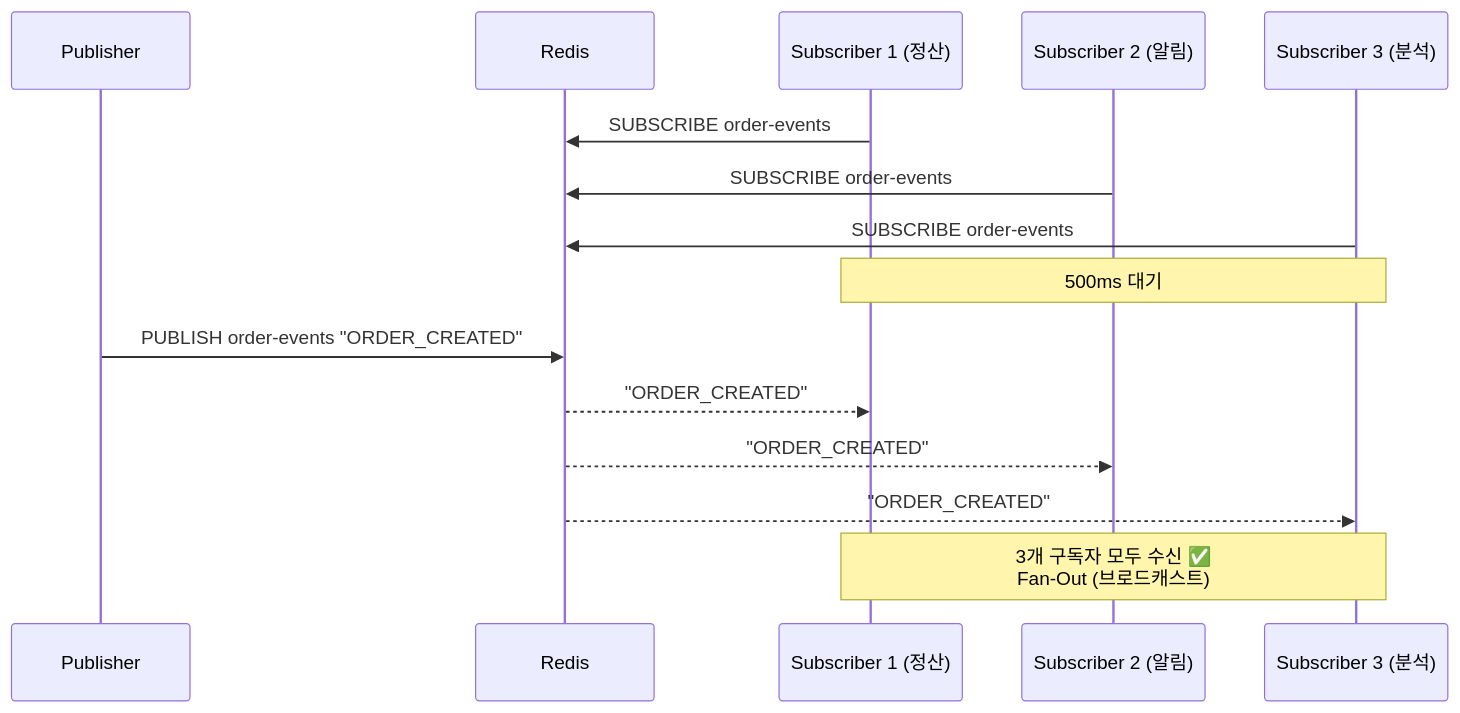
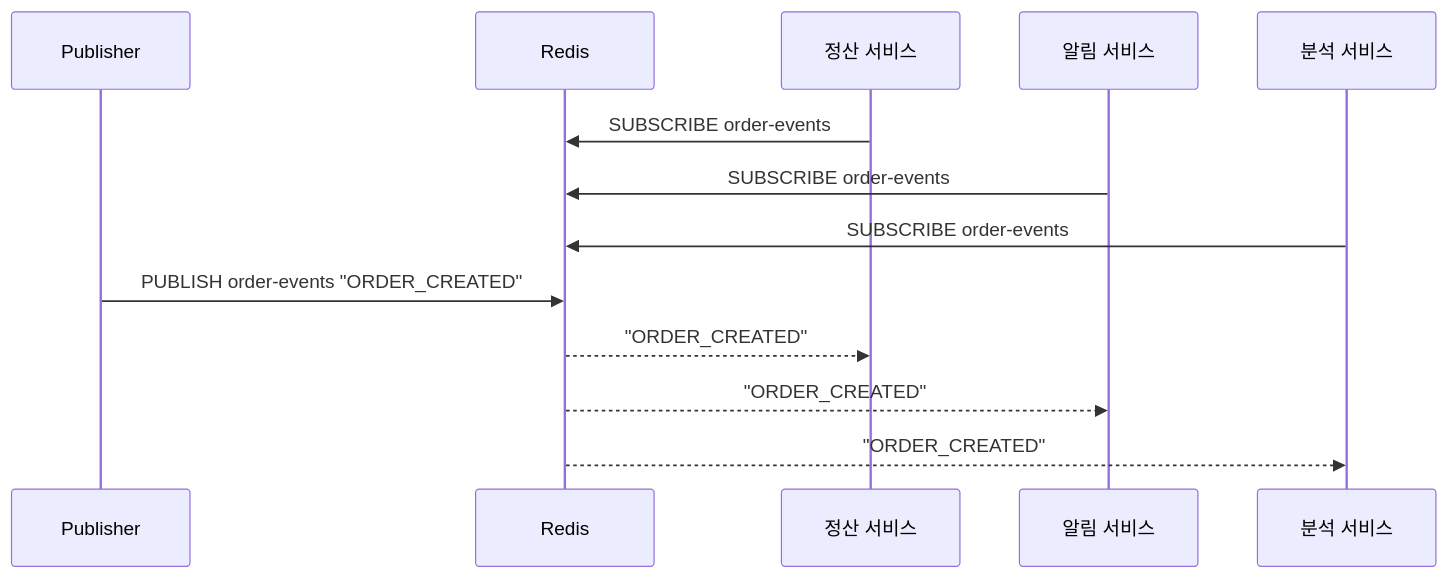
The second of 4 diagrams in src/test/java/com/example/messaging/step4_redis_pubsub/README.md (katiekim17/messaging-lab), drawn with Mermaid before and after one commit. The commit also changed other lines of this file, not shown here.

````diff
--- a/src/test/java/com/example/messaging/step4_redis_pubsub/README.md
+++ b/src/test/java/com/example/messaging/step4_redis_pubsub/README.md
@@ -38,20 +45,17 @@
 ```mermaid
 sequenceDiagram
     participant Pub as Publisher
     participant Redis as Redis
-    participant S1 as Subscriber 1 (정산)
-    participant S2 as Subscriber 2 (알림)
-    participant S3 as Subscriber 3 (분석)
+    participant S1 as 정산 서비스
+    participant S2 as 알림 서비스
+    participant S3 as 분석 서비스
 
     S1->>Redis: SUBSCRIBE order-events
     S2->>Redis: SUBSCRIBE order-events
     S3->>Redis: SUBSCRIBE order-events
-    Note over S1,S3: 500ms 대기
 
     Pub->>Redis: PUBLISH order-events "ORDER_CREATED"
     Redis-->>S1: "ORDER_CREATED"
     Redis-->>S2: "ORDER_CREATED"
     Redis-->>S3: "ORDER_CREATED"
-
-    Note over S1,S3: 3개 구독자 모두 수신 ✅<br/>Fan-Out (브로드캐스트)
 ```
````
